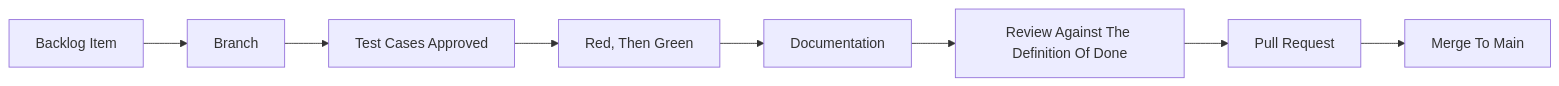
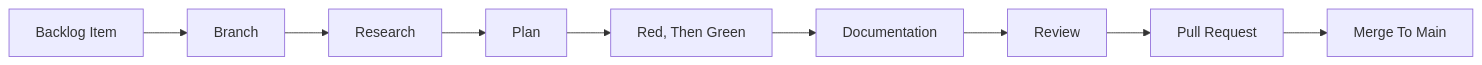
The diagram in .documentation/impl/ai-harness.md (Cynthion/aicon-studio), drawn with Mermaid before and after one commit. The commit also changed other lines of this file and 39 other files, not shown here.

````diff
--- a/.documentation/impl/ai-harness.md
+++ b/.documentation/impl/ai-harness.md
@@ -39,10 +96,11 @@
 ```mermaid
 flowchart LR
   Backlog[Backlog Item] --> Branch[Branch]
-  Branch --> Cases[Test Cases Approved]
-  Cases --> Develop[Red, Then Green]
+  Branch --> Research[Research]
+  Research --> Plan[Plan]
+  Plan --> Develop[Red, Then Green]
   Develop --> Docs[Documentation]
-  Docs --> Review[Review Against The Definition Of Done]
+  Docs --> Review[Review]
   Review --> PR[Pull Request]
   PR --> Main[Merge To Main]
 ```
````
